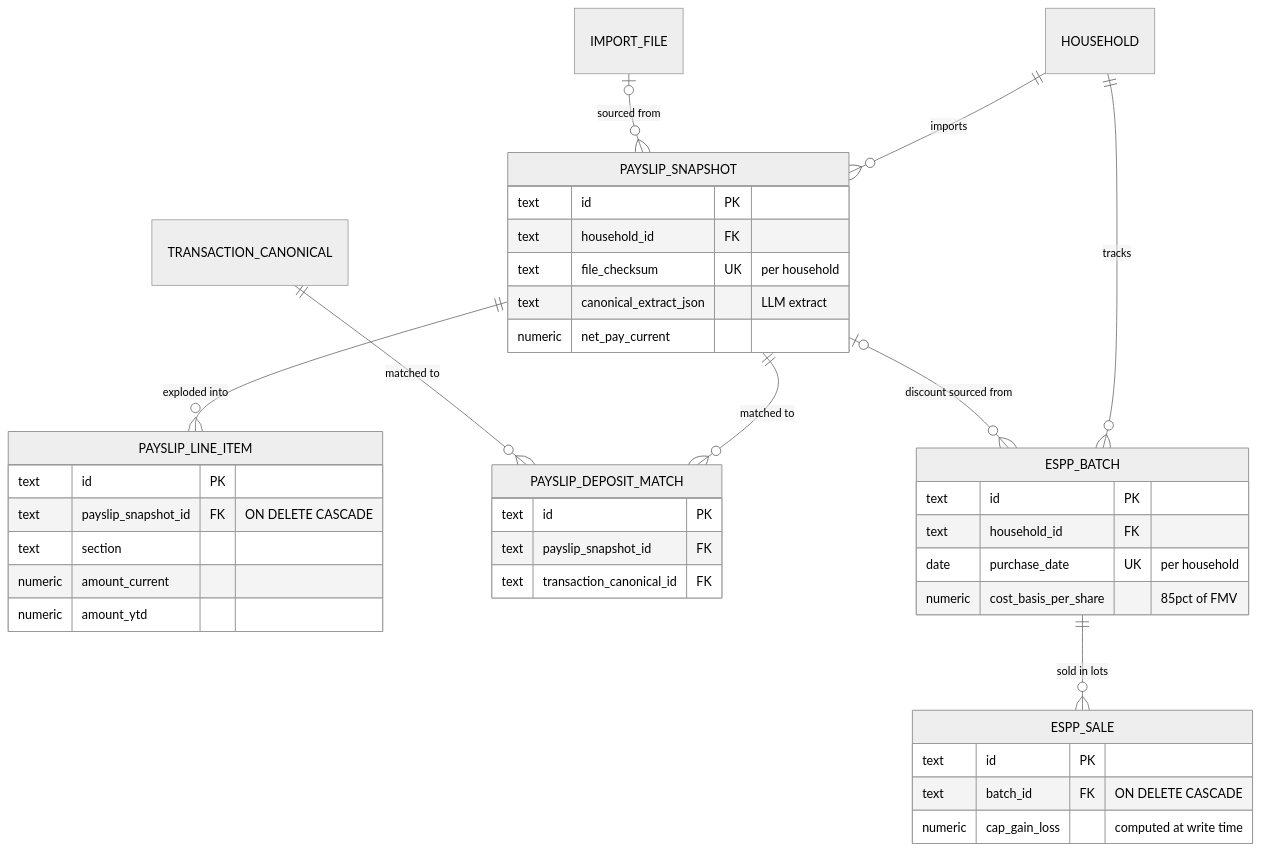
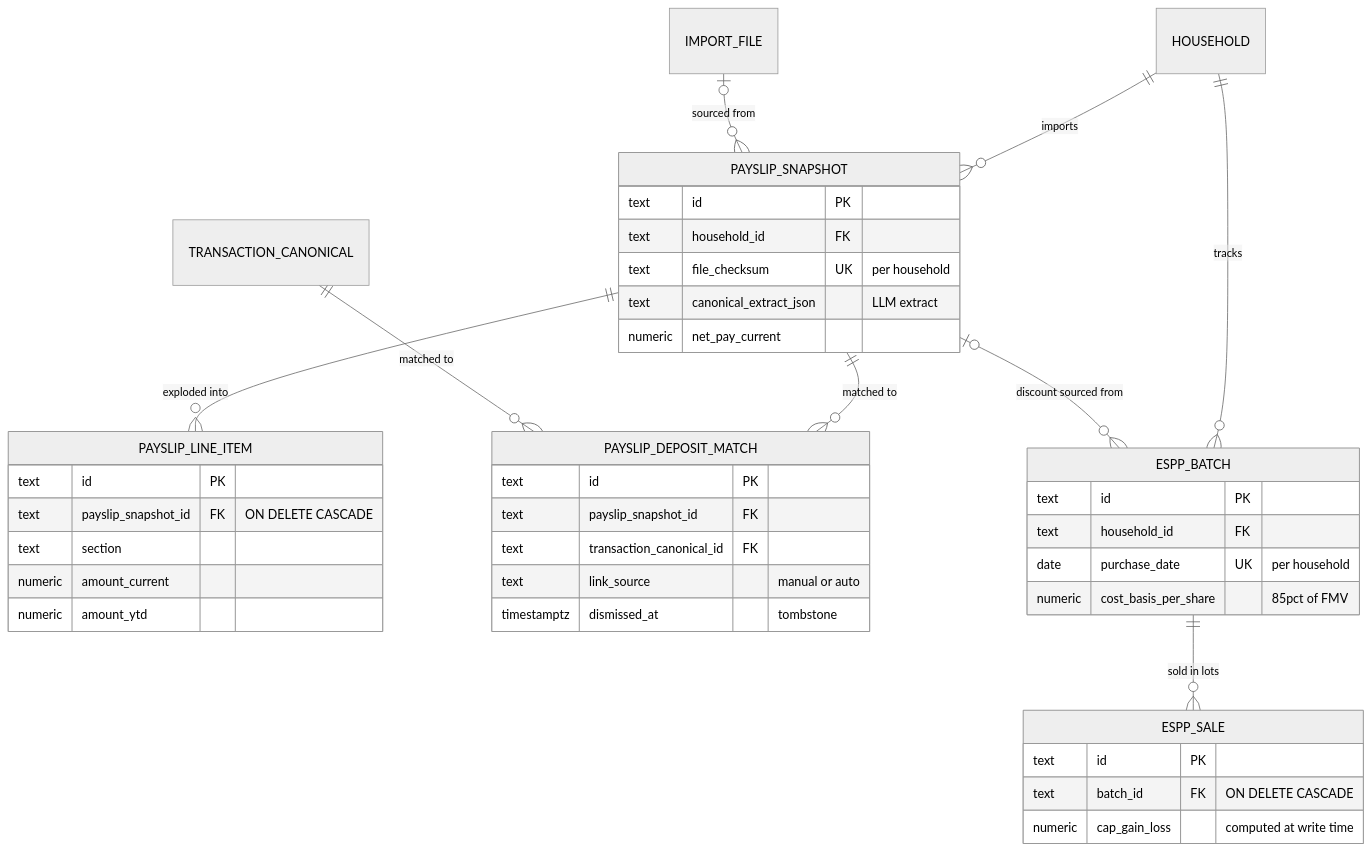
Before and after one commit to mangatrai/grove: the fourth of 8 diagrams in docs/DATABASE_ARCHITECTURE.md, drawn with Mermaid (neutral theme). The commit also changed other lines of this file and 17 other files, not shown here.

First line of the commit message:
feat(payslip/301): deposit auto-link with dismiss

````diff
--- a/docs/DATABASE_ARCHITECTURE.md
+++ b/docs/DATABASE_ARCHITECTURE.md
@@ -204,42 +204,44 @@
 ```mermaid
 erDiagram
     HOUSEHOLD ||--o{ PAYSLIP_SNAPSHOT : imports
     IMPORT_FILE |o--o{ PAYSLIP_SNAPSHOT : "sourced from"
     PAYSLIP_SNAPSHOT ||--o{ PAYSLIP_LINE_ITEM : "exploded into"
     PAYSLIP_SNAPSHOT ||--o{ PAYSLIP_DEPOSIT_MATCH : "matched to"
     TRANSACTION_CANONICAL ||--o{ PAYSLIP_DEPOSIT_MATCH : "matched to"
     HOUSEHOLD ||--o{ ESPP_BATCH : tracks
     PAYSLIP_SNAPSHOT |o--o{ ESPP_BATCH : "discount sourced from"
     ESPP_BATCH ||--o{ ESPP_SALE : "sold in lots"
 
     PAYSLIP_SNAPSHOT {
         text id PK
         text household_id FK
         text file_checksum UK "per household"
         text canonical_extract_json "LLM extract"
         numeric net_pay_current
     }
     PAYSLIP_LINE_ITEM {
         text id PK
         text payslip_snapshot_id FK "ON DELETE CASCADE"
         text section
         numeric amount_current
         numeric amount_ytd
     }
     PAYSLIP_DEPOSIT_MATCH {
         text id PK
         text payslip_snapshot_id FK
         text transaction_canonical_id FK
+        text link_source "manual or auto"
+        timestamptz dismissed_at "tombstone"
     }
     ESPP_BATCH {
         text id PK
         text household_id FK
         date purchase_date UK "per household"
         numeric cost_basis_per_share "85pct of FMV"
     }
     ESPP_SALE {
         text id PK
         text batch_id FK "ON DELETE CASCADE"
         numeric cap_gain_loss "computed at write time"
     }
 ```
````
